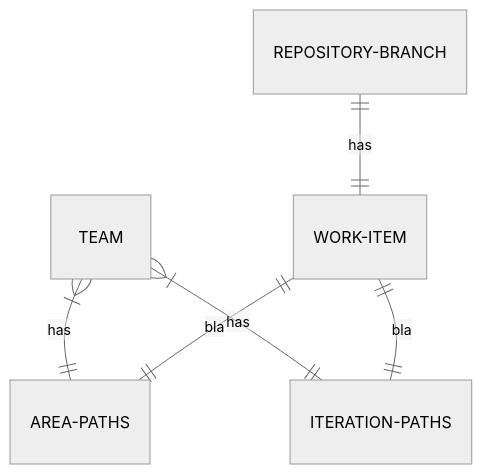
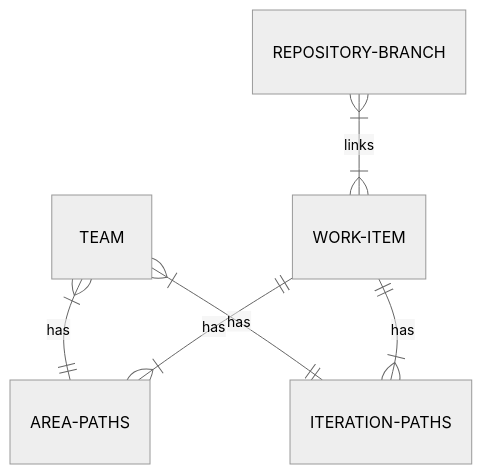
The diagram in docs/discussion/oneproject_setup.md (ing-bank/doing-cli), drawn with Mermaid (neutral theme) before and after one commit. The commit also changed other lines of this file and 10 other files, not shown here.

````diff
--- a/docs/discussion/oneproject_setup.md
+++ b/docs/discussion/oneproject_setup.md
@@ -12,10 +9,10 @@
 ```mermaid
 erDiagram
     TEAM }|--|| ITERATION-PATHS : has
     TEAM }|--|| AREA-PATHS : has
 
-    WORK-ITEM ||--|| AREA-PATHS : bla
-    WORK-ITEM ||--|| ITERATION-PATHS : bla
+    WORK-ITEM ||--|{ AREA-PATHS : has
+    WORK-ITEM ||--|{ ITERATION-PATHS : has
 
-    REPOSITORY-BRANCH ||--|| WORK-ITEM : has
+    REPOSITORY-BRANCH }|--|{ WORK-ITEM : links
 ```
````
